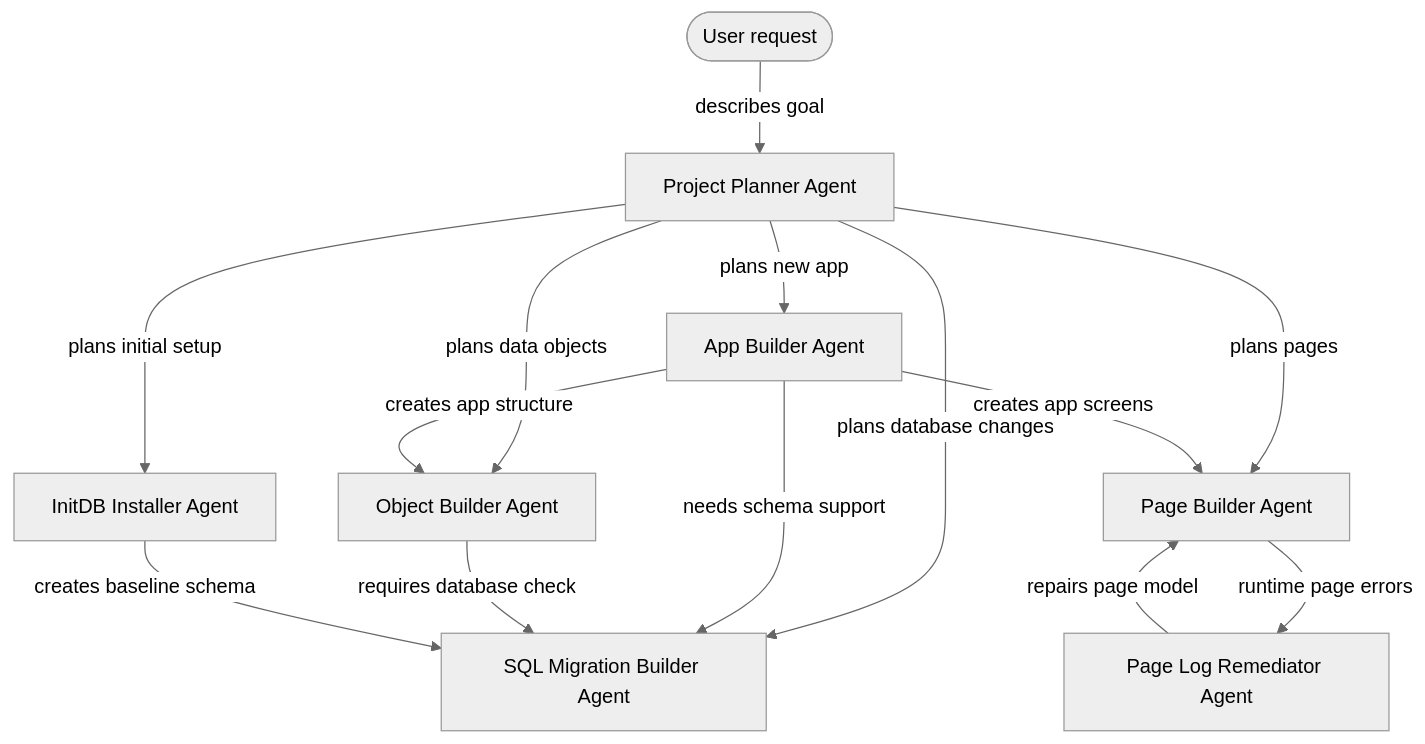
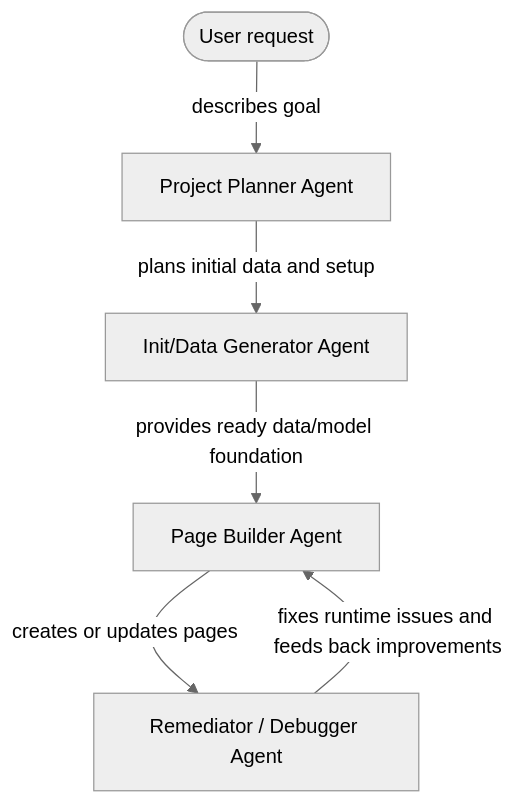
Before and after one commit to sHustinx/Instant-UI: the diagram in README.md, drawn with Mermaid (neutral theme). The commit also changed other lines of this file, not shown here.

Commit message:
Revise README for clarity and workflow details
Updated workflow steps and agent descriptions in README.

````diff
--- a/README.md
+++ b/README.md
@@ -31,31 +33,16 @@
 ```mermaid
 flowchart TD
     User([User request])
 
     Planner[Project Planner Agent]
-    App[App Builder Agent]
-    Object[Object Builder Agent]
+    InitData[Init/Data Generator Agent]
     Page[Page Builder Agent]
-    SQL[SQL Migration Builder Agent]
-    Installer[InitDB Installer Agent]
-    Fixer[Page Log Remediator Agent]
+    Remediator[Remediator / Debugger Agent]
 
     User -->|describes goal| Planner
 
-    Planner -->|plans new app| App
-    Planner -->|plans data objects| Object
-    Planner -->|plans pages| Page
-    Planner -->|plans database changes| SQL
-    Planner -->|plans initial setup| Installer
-
-    App -->|creates app structure| Object
-    App -->|creates app screens| Page
-    App -->|needs schema support| SQL
-
-    Object -->|requires database check| SQL
-
-    Page -->|runtime page errors| Fixer
-    Fixer -->|repairs page model| Page
-
-    Installer -->|creates baseline schema| SQL
+    Planner -->|plans initial data and setup| InitData
+    InitData -->|provides ready data/model foundation| Page
+    Page -->|creates or updates pages| Remediator
+    Remediator -->|fixes runtime issues and feeds back improvements| Page
 ```
````
